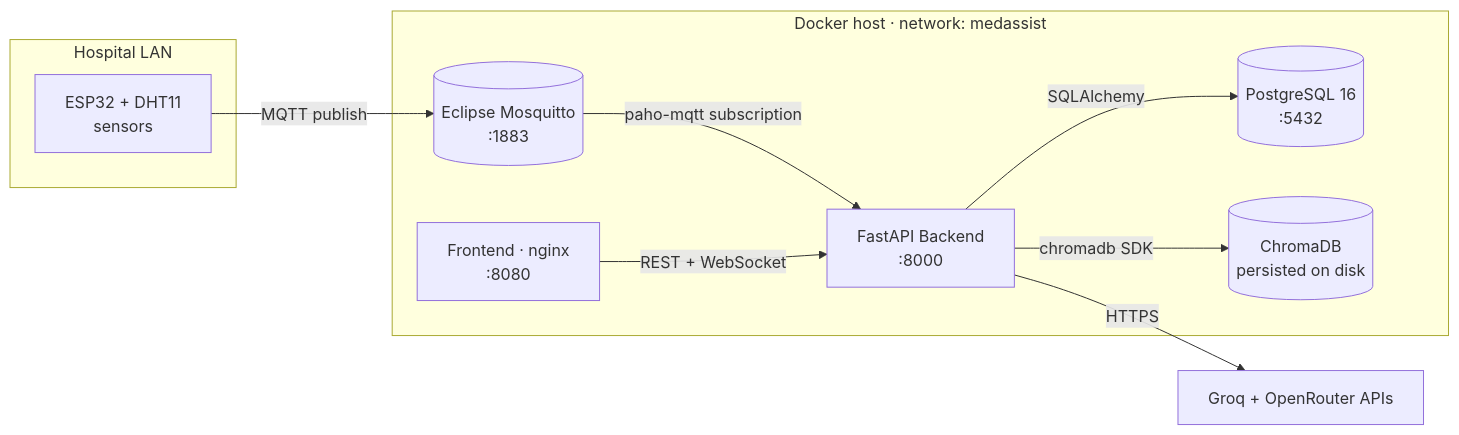
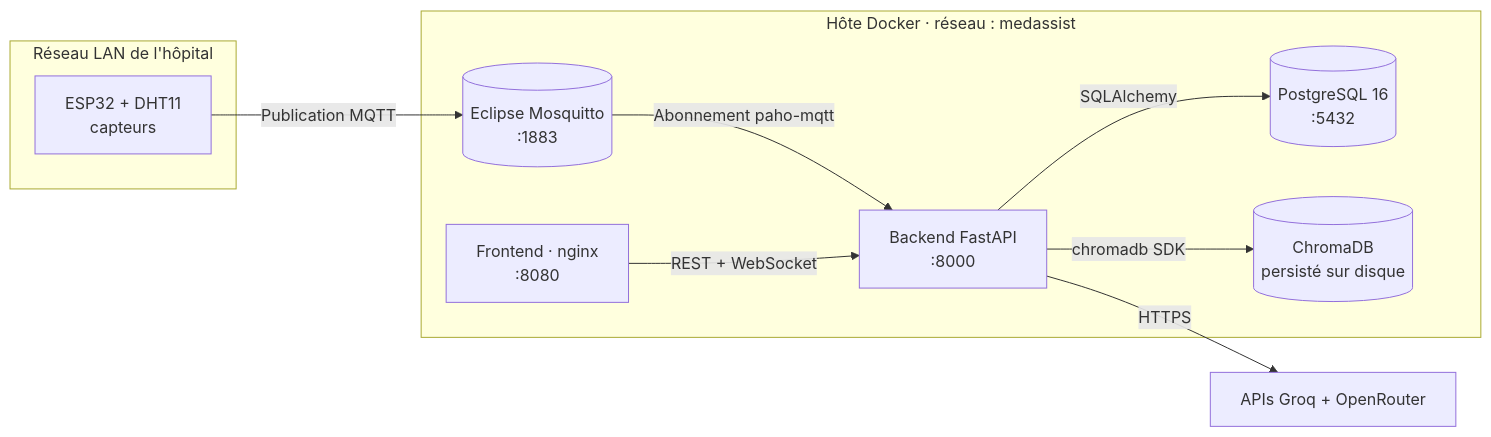
One commit to t4lhawi/MedAssist-AI changed the first of 6 diagrams in docs/architecture.md. Above: the diagram before and after it, drawn with Mermaid. The commit also changed other lines of this file and 9 other files, not shown here.

````diff
--- a/docs/architecture.md
+++ b/docs/architecture.md
@@ -11,23 +11,23 @@
 ```mermaid
 flowchart LR
-  subgraph LAN[Hospital LAN]
-    ESP[ESP32 + DHT11<br/>sensors]
+  subgraph LAN[Réseau LAN de l'hôpital]
+    ESP[ESP32 + DHT11<br/>capteurs]
   end
 
-  subgraph DockerHost["Docker host · network: medassist"]
+  subgraph DockerHost["Hôte Docker · réseau : medassist"]
     Mosq[(Eclipse Mosquitto<br/>:1883)]
-    Be[FastAPI Backend<br/>:8000]
+    Be[Backend FastAPI<br/>:8000]
     Pg[(PostgreSQL 16<br/>:5432)]
-    Ch[(ChromaDB<br/>persisted on disk)]
+    Ch[(ChromaDB<br/>persisté sur disque)]
     Fe[Frontend · nginx<br/>:8080]
   end
 
-  Cloud[Groq + OpenRouter APIs]
+  Cloud[APIs Groq + OpenRouter]
 
-  ESP -- "MQTT publish" --> Mosq
-  Mosq -- "paho-mqtt subscription" --> Be
+  ESP -- "Publication MQTT" --> Mosq
+  Mosq -- "Abonnement paho-mqtt" --> Be
   Be -- "SQLAlchemy" --> Pg
   Be -- "chromadb SDK" --> Ch
   Be -- "HTTPS" --> Cloud
   Fe -- "REST + WebSocket" --> Be
 ```
````
